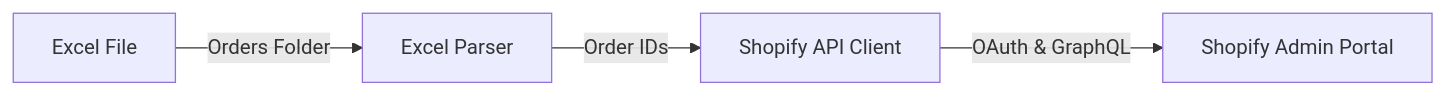
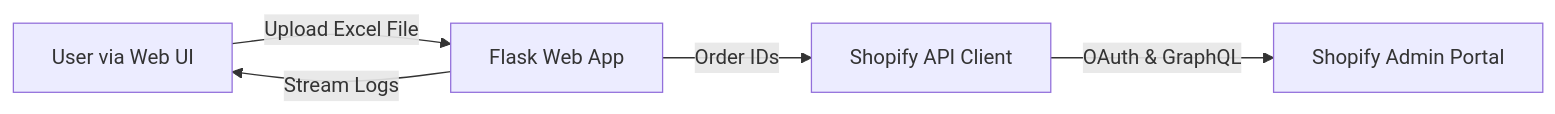
One commit to nirav-gajera/shopify-cod-payment-automation changed the second of 2 diagrams in docs/OVERVIEW.md. Above: the diagram before and after it, drawn with Mermaid. The commit also changed other lines of this file and 9 other files, not shown here.

First line of the commit message:
feat: introduce interactive web UI and Flask backend

````diff
--- a/docs/OVERVIEW.md
+++ b/docs/OVERVIEW.md
@@ -73,6 +74,7 @@
 ```mermaid
 graph LR
-    Logistics_Invoice[Excel File] -->|Orders Folder| Parser[Excel Parser]
-    Parser -->|Order IDs| Shopify_Client[Shopify API Client]
+    User[User via Web UI] -->|Upload Excel File| WebApp[Flask Web App]
+    WebApp -->|Order IDs| Shopify_Client[Shopify API Client]
     Shopify_Client -->|OAuth & GraphQL| Shopify_Store[Shopify Admin Portal]
+    WebApp -->|Stream Logs| User
 ```
````
